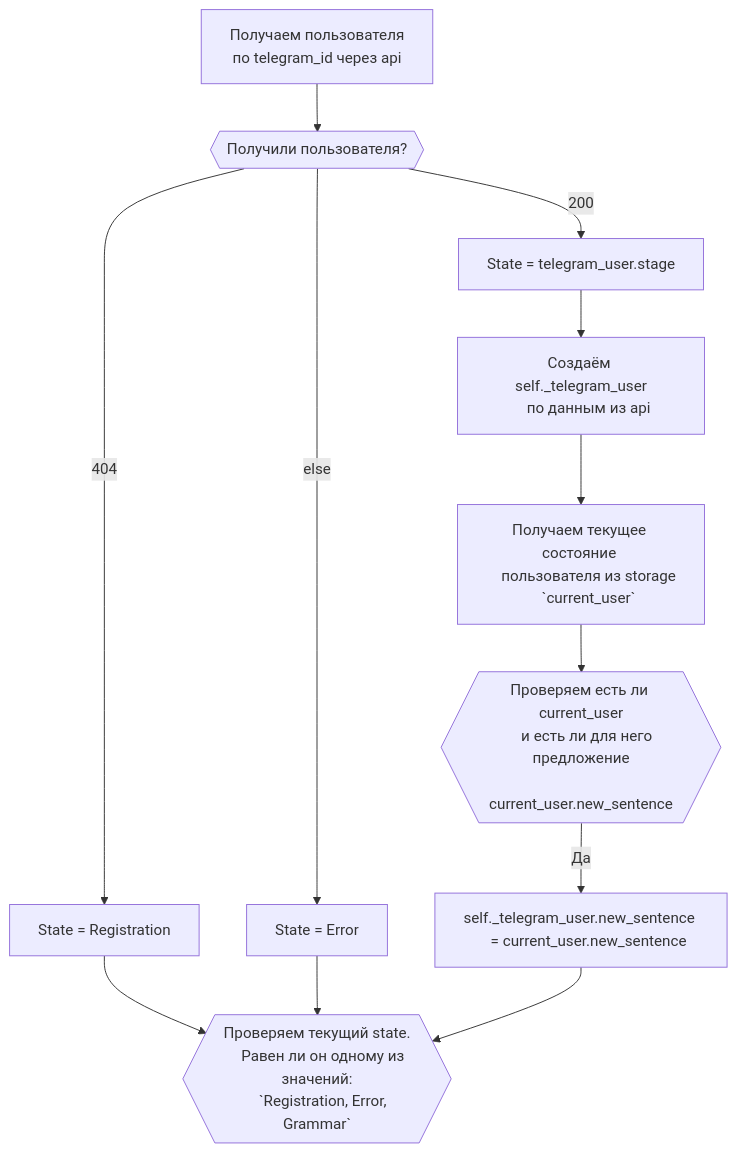
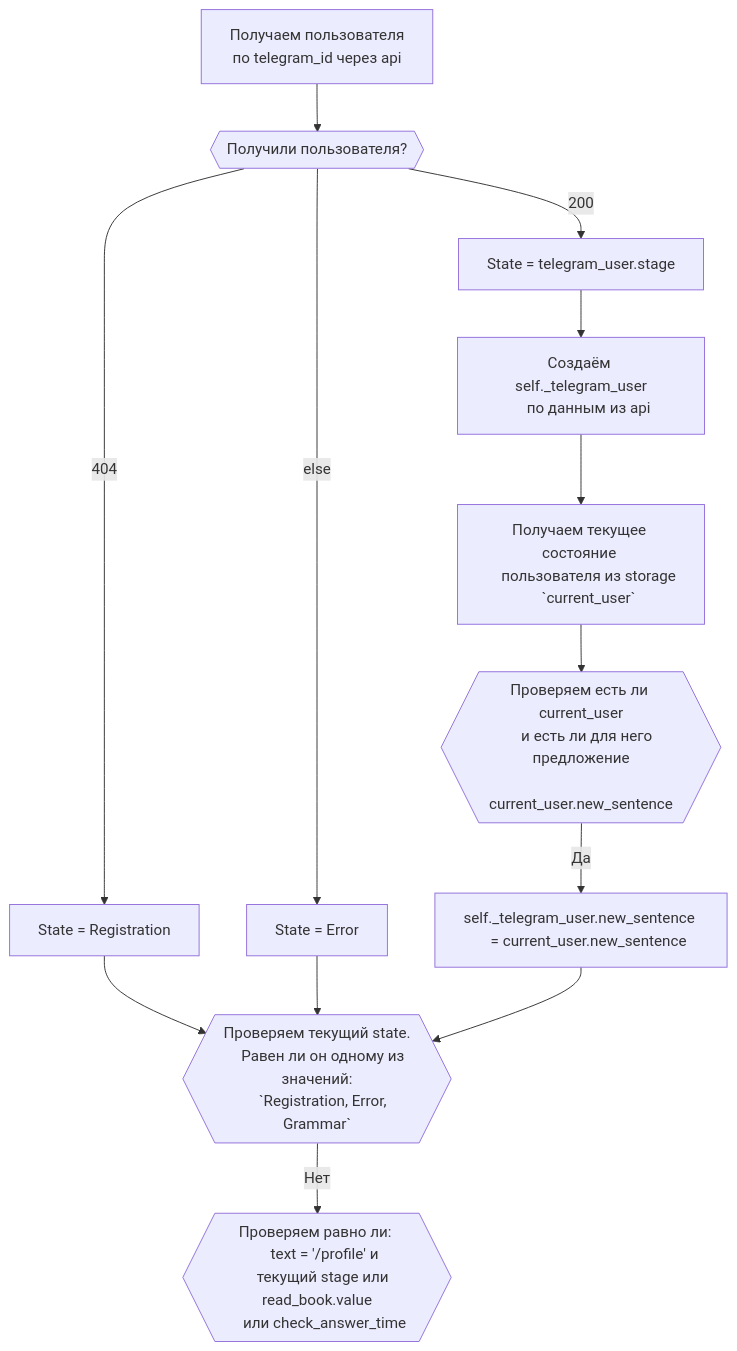
One commit to psgaiduk/learning_en_telegram_bot changed the diagram in documentation/middlewears_set_state.md. Above: the diagram before and after it, drawn with Mermaid.

Commit message:
docs(documentation): add check_update_profile_state in middlewears_set_state

````diff
--- a/documentation/middlewears_set_state.md
+++ b/documentation/middlewears_set_state.md
@@ -1,33 +1,39 @@
 ```mermaid
 graph TD;
     start[Получаем пользователя
     по telegram_id через api
     ] --> check_get_user{{Получили пользователя?}}
     check_get_user --> |404| user_not_found[State = Registration]
     check_get_user --> |200| user_found[State = telegram_user.stage]
     check_get_user --> |else| error_user[State = Error]
     user_found --> create_telegram_user[
     Создаём self._telegram_user
     по данным из api
     ]
     create_telegram_user --> get_current_telegram_user[
     Получаем текущее состояние 
     пользователя из storage
     `current_user`
     ]
     get_current_telegram_user --> check_current_user{{
     Проверяем есть ли current_user
     и есть ли для него предложение
     current_user.new_sentence
     }}
     check_current_user --> |Да| update_new_sentence[self._telegram_user.new_sentence 
     = current_user.new_sentence
     ]
     user_not_found --> check_current_state{{
     Проверяем текущий state.
     Равен ли он одному из значений:
     `Registration, Error, Grammar`
     }}
     error_user --> check_current_state
     update_new_sentence --> check_current_state
+    check_current_state --> |Нет| check_update_profile_state{{
+    Проверяем равно ли: 
+    text = '/profile' и
+    текущий stage или read_book.value
+    или check_answer_time
+    }}
 ```
````
